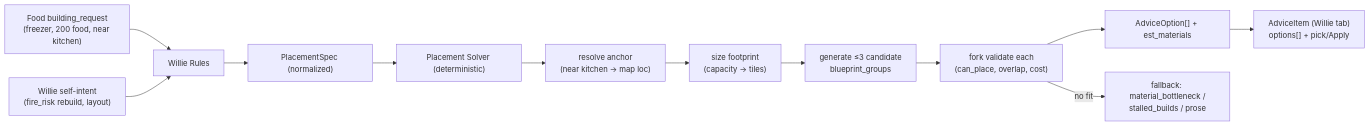
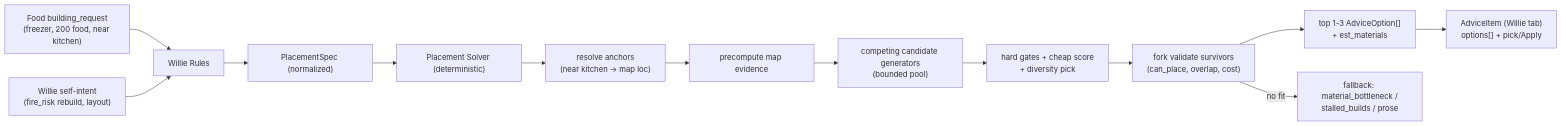
One commit to ocaspi-sc/RimBob changed the diagram in .plans/placement-solver.md. Above: the diagram before and after it, drawn with Mermaid. The commit also changed other lines of this file and 4 other files, not shown here.

````diff
--- a/.plans/placement-solver.md
+++ b/.plans/placement-solver.md
@@ -25,14 +26,15 @@
 ```mermaid
 flowchart LR
   FR["Food building_request<br/>(freezer, 200 food, near kitchen)"] --> R["Willie Rules"]
   IN["Willie self-intent<br/>(fire_risk rebuild, layout)"] --> R
   R --> SPEC["PlacementSpec (normalized)"]
   SPEC --> PS["Placement Solver (deterministic)"]
-  PS --> A["resolve anchor<br/>(near kitchen → map loc)"]
-  A --> SZ["size footprint<br/>(capacity → tiles)"]
-  SZ --> CAND["generate ≤3 candidate<br/>blueprint_groups"]
-  CAND --> VAL["fork validate each<br/>(can_place, overlap, cost)"]
-  VAL --> OPT["AdviceOption[] + est_materials"]
+  PS --> A["resolve anchors<br/>(near kitchen -> map loc)"]
+  A --> EVID["precompute map evidence"]
+  EVID --> GEN["competing candidate generators<br/>(bounded pool)"]
+  GEN --> SCORE["hard gates + cheap score<br/>+ diversity pick"]
+  SCORE --> VAL["fork validate survivors<br/>(can_place, overlap, cost)"]
+  VAL --> OPT["top 1-3 AdviceOption[]<br/>+ est_materials"]
   OPT --> ADV["AdviceItem (Willie tab)<br/>options[] + pick/Apply"]
   VAL -->|no fit| FB["fallback: material_bottleneck /<br/>stalled_builds / prose"]
 ```
````
